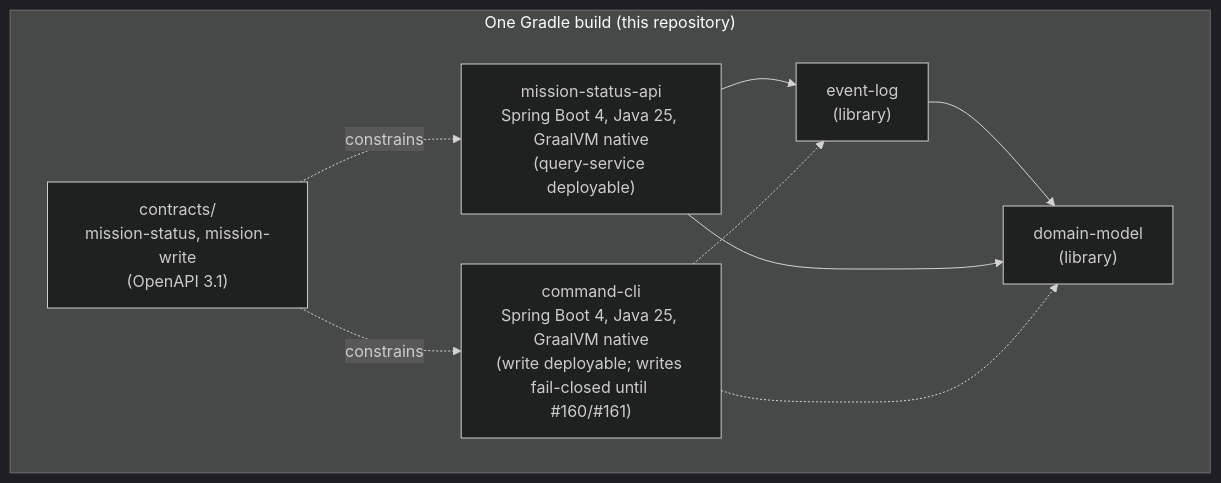
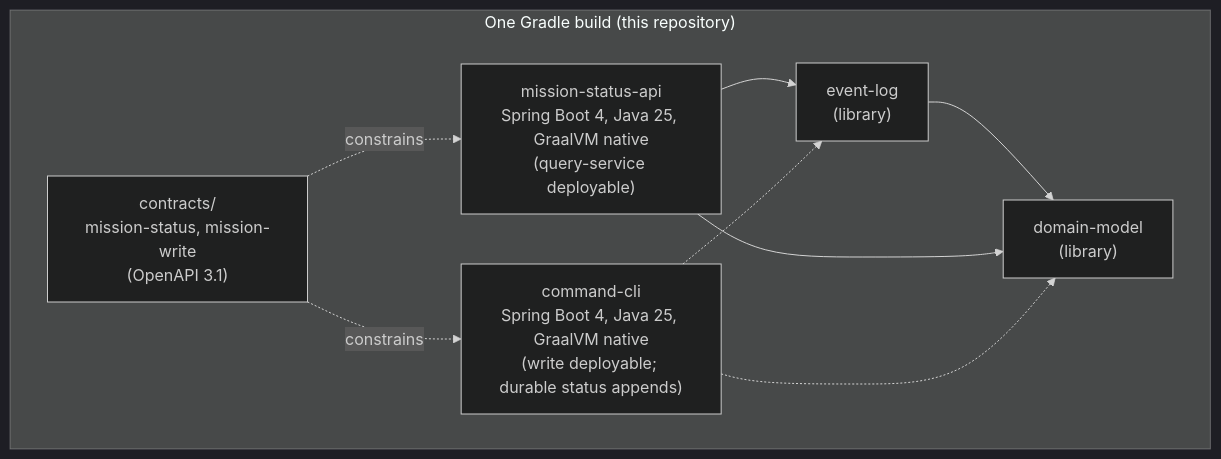
The second of 3 diagrams in docs/architecture/services/overview.md (spec-kitty/spec-kitty-events), drawn with Mermaid (dark theme) before and after one commit. The commit also changed other lines of this file and 565 other files, not shown here.

First line of the commit message:
Write core: durable byte-exact status appends, the lane authority and the cut-over (#160, #161, #155) (#230)

````diff
--- a/docs/architecture/services/overview.md
+++ b/docs/architecture/services/overview.md
@@ -80,16 +83,16 @@
 ```mermaid
 flowchart TB
   subgraph build["One Gradle build (this repository)"]
     contracts["contracts/<br/>mission-status, mission-write<br/>(OpenAPI 3.1)"]
     msa["mission-status-api<br/>Spring Boot 4, Java 25, GraalVM native<br/>(query-service deployable)"]
-    cmd["command-cli<br/>Spring Boot 4, Java 25, GraalVM native<br/>(write deployable; writes fail-closed until #160/#161)"]
+    cmd["command-cli<br/>Spring Boot 4, Java 25, GraalVM native<br/>(write deployable; durable status appends)"]
     dm["domain-model<br/>(library)"]
     el["event-log<br/>(library)"]
   end
   msa --> el --> dm
   msa --> dm
   cmd -.-> el
   cmd -.-> dm
   contracts -. constrains .-> msa
   contracts -. constrains .-> cmd
 ```
````
